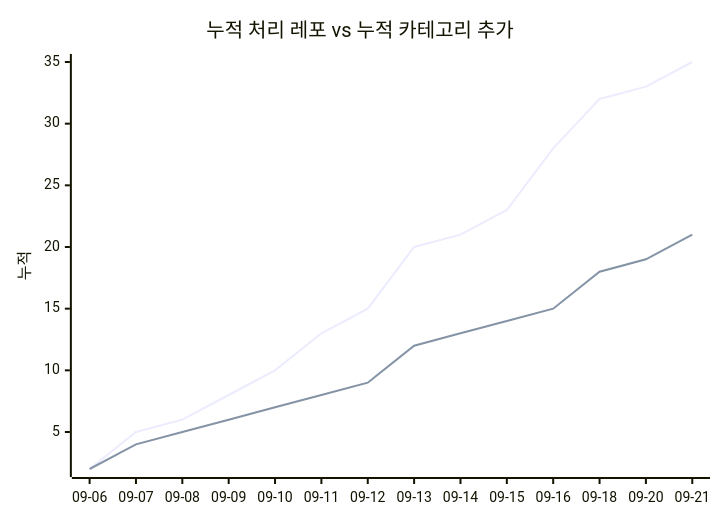
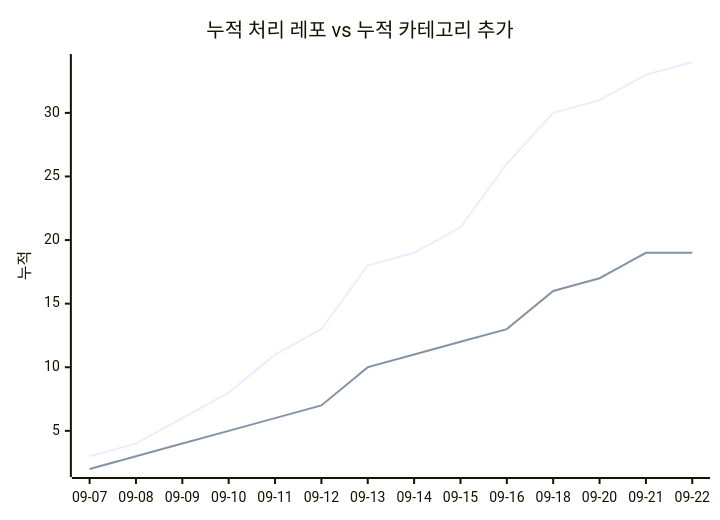
The second of 2 diagrams in docs/trends.md (J-nowcow/awesome-korean-agent-skills), drawn with Mermaid before and after one commit. The commit also changed other lines of this file and 2 other files, not shown here.

````diff
--- a/docs/trends.md
+++ b/docs/trends.md
@@ -68,8 +68,8 @@
 ```mermaid
 xychart-beta
     title "누적 처리 레포 vs 누적 카테고리 추가"
-    x-axis ["09-06","09-07","09-08","09-09","09-10","09-11","09-12","09-13","09-14","09-15","09-16","09-18","09-20","09-21"]
+    x-axis ["09-07","09-08","09-09","09-10","09-11","09-12","09-13","09-14","09-15","09-16","09-18","09-20","09-21","09-22"]
     y-axis "누적"
-    line [2,5,6,8,10,13,15,20,21,23,28,32,33,35]
-    line [2,4,5,6,7,8,9,12,13,14,15,18,19,21]
+    line [3,4,6,8,11,13,18,19,21,26,30,31,33,34]
+    line [2,3,4,5,6,7,10,11,12,13,16,17,19,19]
 ```
````
